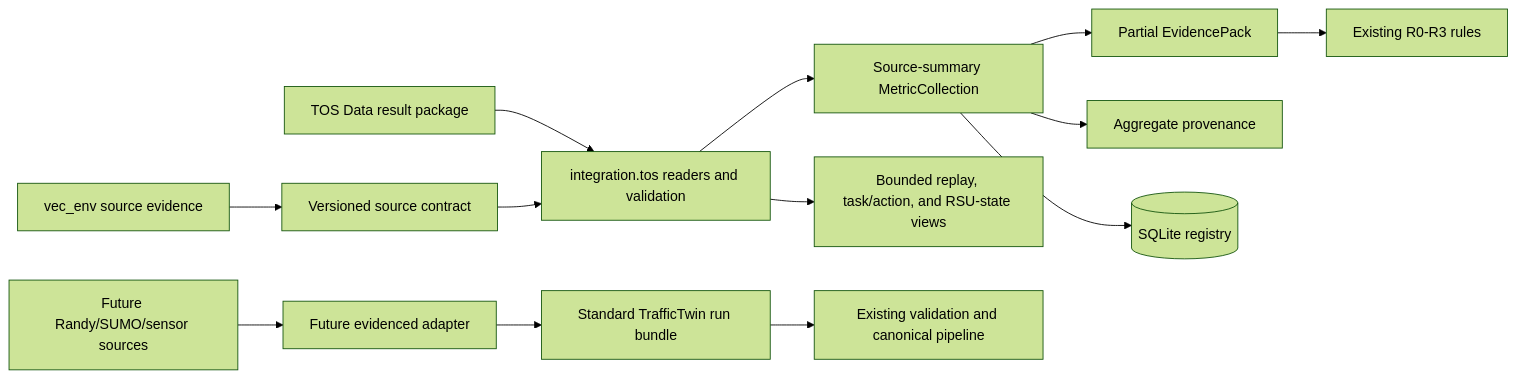
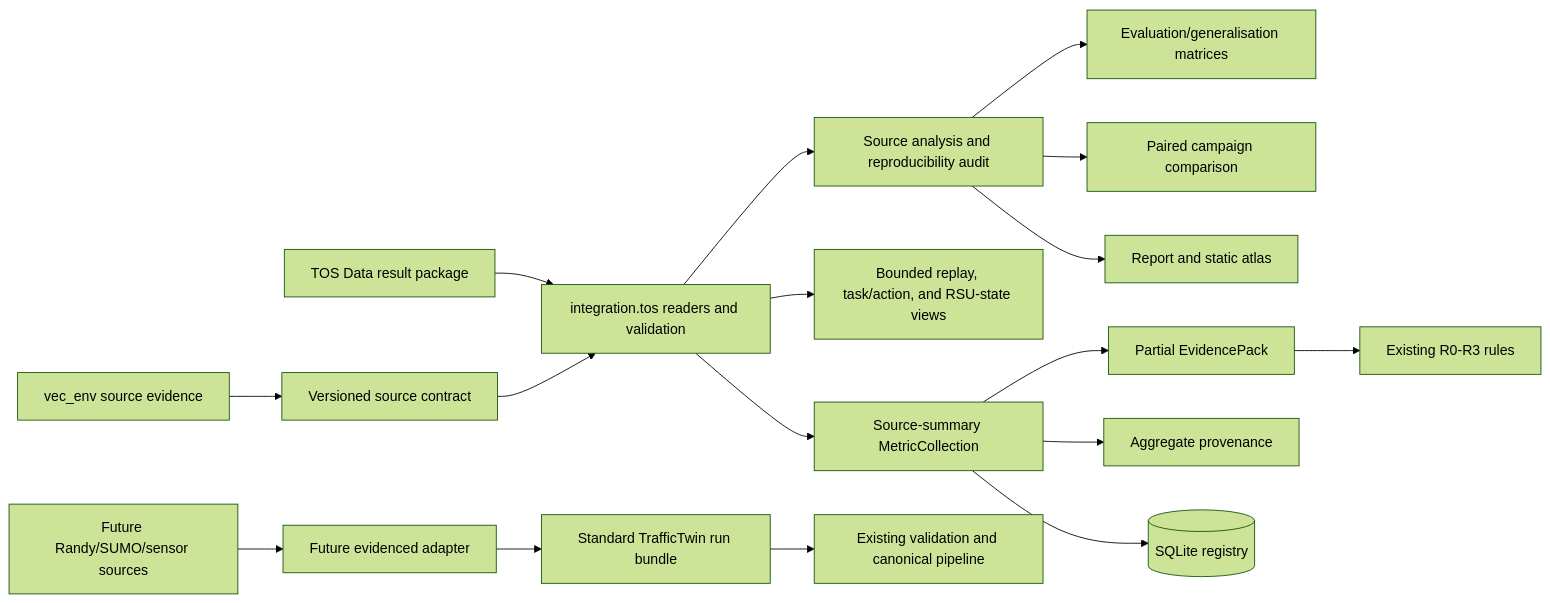
The seventh of 9 diagrams in docs/architecture.md (Abdulla4akash/traffictwin), drawn with Mermaid (forest theme) before and after one commit. The commit also changed other lines of this file and 47 other files, not shown here.

````diff
--- a/docs/architecture.md
+++ b/docs/architecture.md
@@ -255,16 +255,20 @@
 ```mermaid
 flowchart LR
     TOS[TOS Data result package] --> TOSReader[integration.tos readers and validation]
     VecSource[vec_env source evidence] --> SourceContract[Versioned source contract]
     SourceContract --> TOSReader
     TOSReader --> Summary[Source-summary MetricCollection]
     TOSReader --> Views[Bounded replay, task/action, and RSU-state views]
+    TOSReader --> Workbench[Source analysis and reproducibility audit]
+    Workbench --> Matrix[Evaluation/generalisation matrices]
+    Workbench --> Paired[Paired campaign comparison]
+    Workbench --> Exports[Report and static atlas]
     Summary --> PartialEvidence[Partial EvidencePack]
     PartialEvidence --> ExistingRules[Existing R0-R3 rules]
     Summary --> AggregateTrace[Aggregate provenance]
     Summary --> Registry[(SQLite registry)]
 
     Other[Future Randy/SUMO/sensor sources] --> FutureAdapter[Future evidenced adapter]
     FutureAdapter --> StandardBundle[Standard TrafficTwin run bundle]
     StandardBundle --> ExistingPipeline[Existing validation and canonical pipeline]
 ```
````
